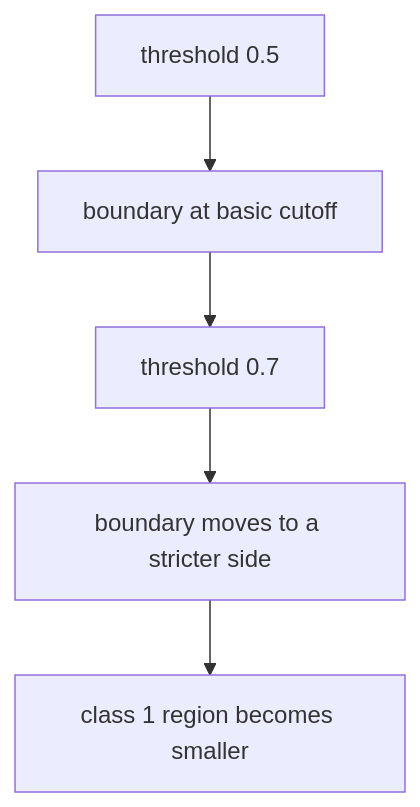
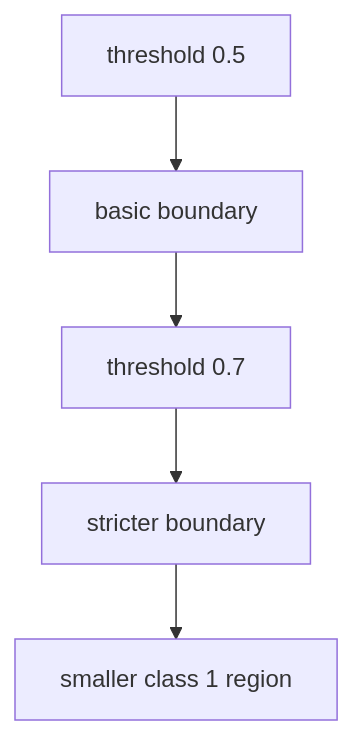
Before and after one commit to devchan64/AiBook: the third of 4 diagrams in docs/parts/part-04/chapter-11/section-02.md, drawn with Mermaid. The commit also changed other lines of this file and 8 other files, not shown here.

````diff
--- a/docs/parts/part-04/chapter-11/section-02.md
+++ b/docs/parts/part-04/chapter-11/section-02.md
@@ -217,10 +219,10 @@
 ```mermaid
 flowchart TD
   A["threshold 0.5"]
-  B["boundary at basic cutoff"]
+  B["basic boundary"]
   C["threshold 0.7"]
-  D["boundary moves to a stricter side"]
-  E["class 1 region becomes smaller"]
+  D["stricter boundary"]
+  E["smaller class 1 region"]
 
   A --> B --> C --> D --> E
 ```
````
